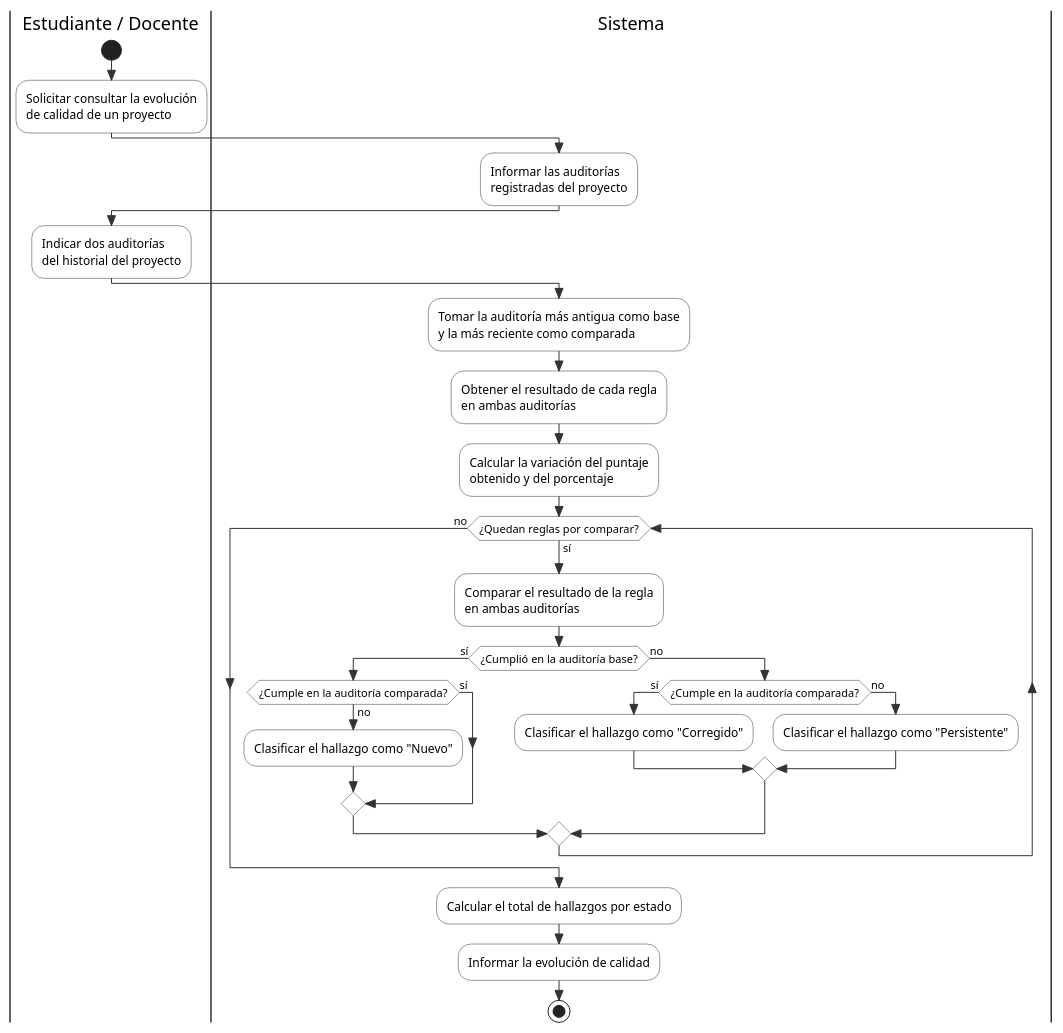
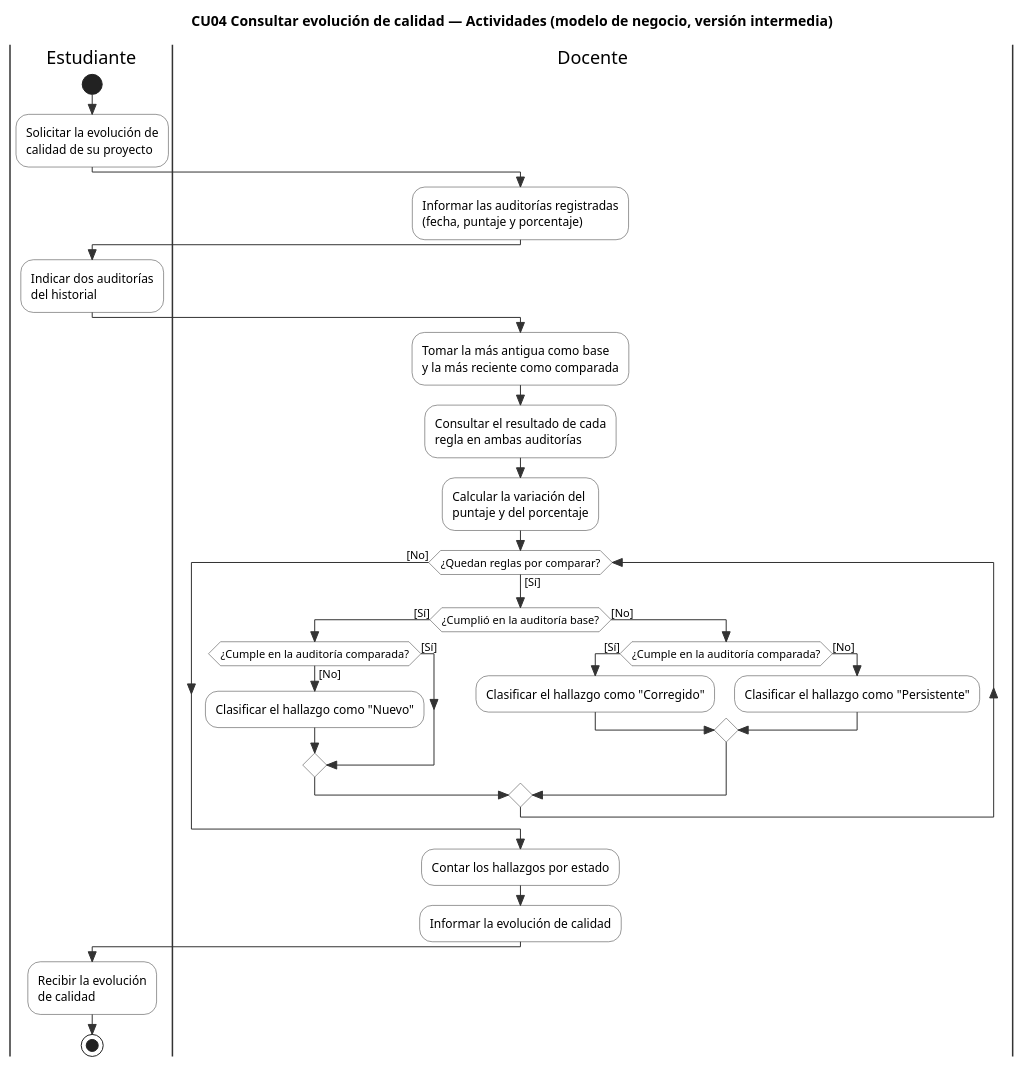
The diagram in docs/incremento2/activityDiagrams/cu04-consultarEvolucion.puml (ErickBaja05/GR4_1BT3_622_26B), drawn with PlantUML before and after one commit. The commit also changed 9 other files, not shown here.

Commit message:
update of the diagrams: CU3 and CU4

```diff
--- a/docs/incremento2/activityDiagrams/cu04-consultarEvolucion.puml
+++ b/docs/incremento2/activityDiagrams/cu04-consultarEvolucion.puml
@@ -1,53 +1,54 @@
-@startuml cu04_v2_intermedia
+@startuml cu04_negocio_v2_intermedia
+title CU04 Consultar evolución de calidad — Actividades (modelo de negocio, versión intermedia)
 skinparam style strictuml
 skinparam defaultFontName Arial
 skinparam ActivityBackgroundColor #FFFFFF
 skinparam ActivityBorderColor #333333
 skinparam ActivityDiamondBackgroundColor #FFFFFF
 skinparam ActivityDiamondBorderColor #333333
 skinparam SwimlaneBorderColor #333333
 skinparam ArrowColor #333333
 
-|Estudiante / Docente|
+|Estudiante|
 start
-:Solicitar consultar la evolución
-de calidad de un proyecto;
+:Solicitar la evolución de
+calidad de su proyecto;
 
-|Sistema|
-:Informar las auditorías
-registradas del proyecto;
+|Docente|
+:Informar las auditorías registradas
+(fecha, puntaje y porcentaje);
 
-|Estudiante / Docente|
+|Estudiante|
 :Indicar dos auditorías
-del historial del proyecto;
+del historial;
 
-|Sistema|
-:Tomar la auditoría más antigua como base
+|Docente|
+:Tomar la más antigua como base
 y la más reciente como comparada;
-:Obtener el resultado de cada regla
-en ambas auditorías;
-:Calcular la variación del puntaje
-obtenido y del porcentaje;
-
-while (¿Quedan reglas por comparar?) is (sí)
-  :Comparar el resultado de la regla
-  en ambas auditorías;
-  if (¿Cumplió en la auditoría base?) then (sí)
-    if (¿Cumple en la auditoría comparada?) then (no)
+:Consultar el resultado de cada
+regla en ambas auditorías;
+:Calcular la variación del
+puntaje y del porcentaje;
+while (¿Quedan reglas por comparar?) is ([Sí])
+  if (¿Cumplió en la auditoría base?) then ([Sí])
+    if (¿Cumple en la auditoría comparada?) then ([No])
       :Clasificar el hallazgo como "Nuevo";
-    else (sí)
+    else ([Sí])
     endif
-  else (no)
-    if (¿Cumple en la auditoría comparada?) then (sí)
+  else ([No])
+    if (¿Cumple en la auditoría comparada?) then ([Sí])
       :Clasificar el hallazgo como "Corregido";
-    else (no)
+    else ([No])
       :Clasificar el hallazgo como "Persistente";
     endif
   endif
-endwhile (no)
+endwhile ([No])
+:Contar los hallazgos por estado;
+:Informar la evolución de calidad;
 
-:Calcular el total de hallazgos por estado;
-:Informar la evolución de calidad;
+|Estudiante|
+:Recibir la evolución
+de calidad;
 stop
 
 @enduml
```
